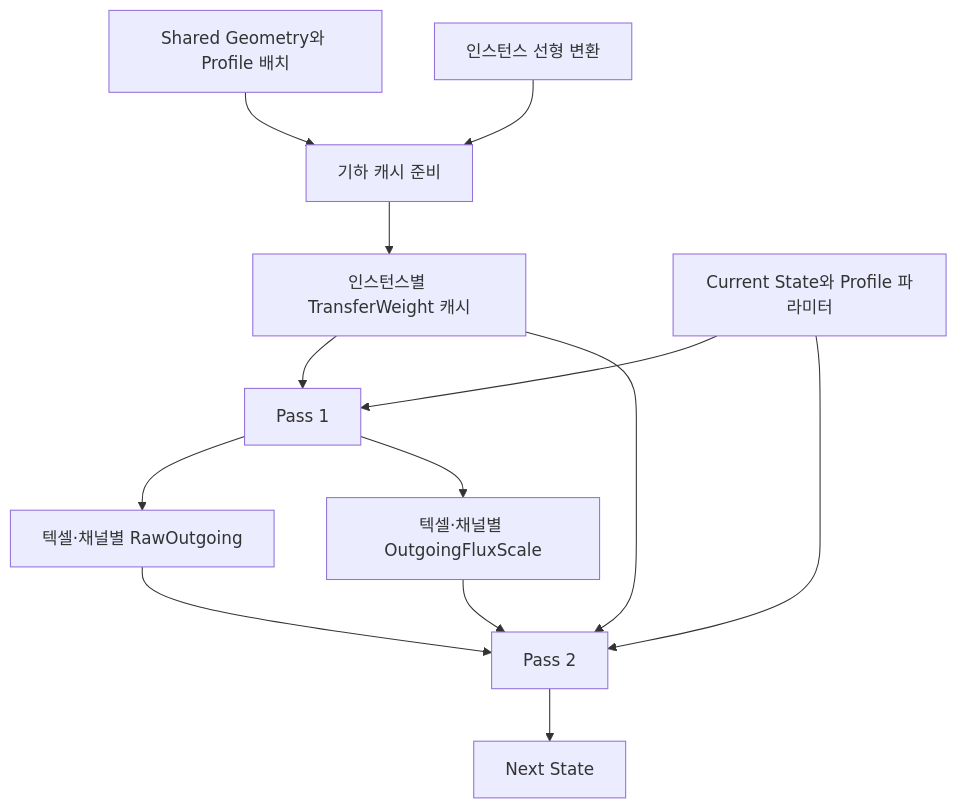
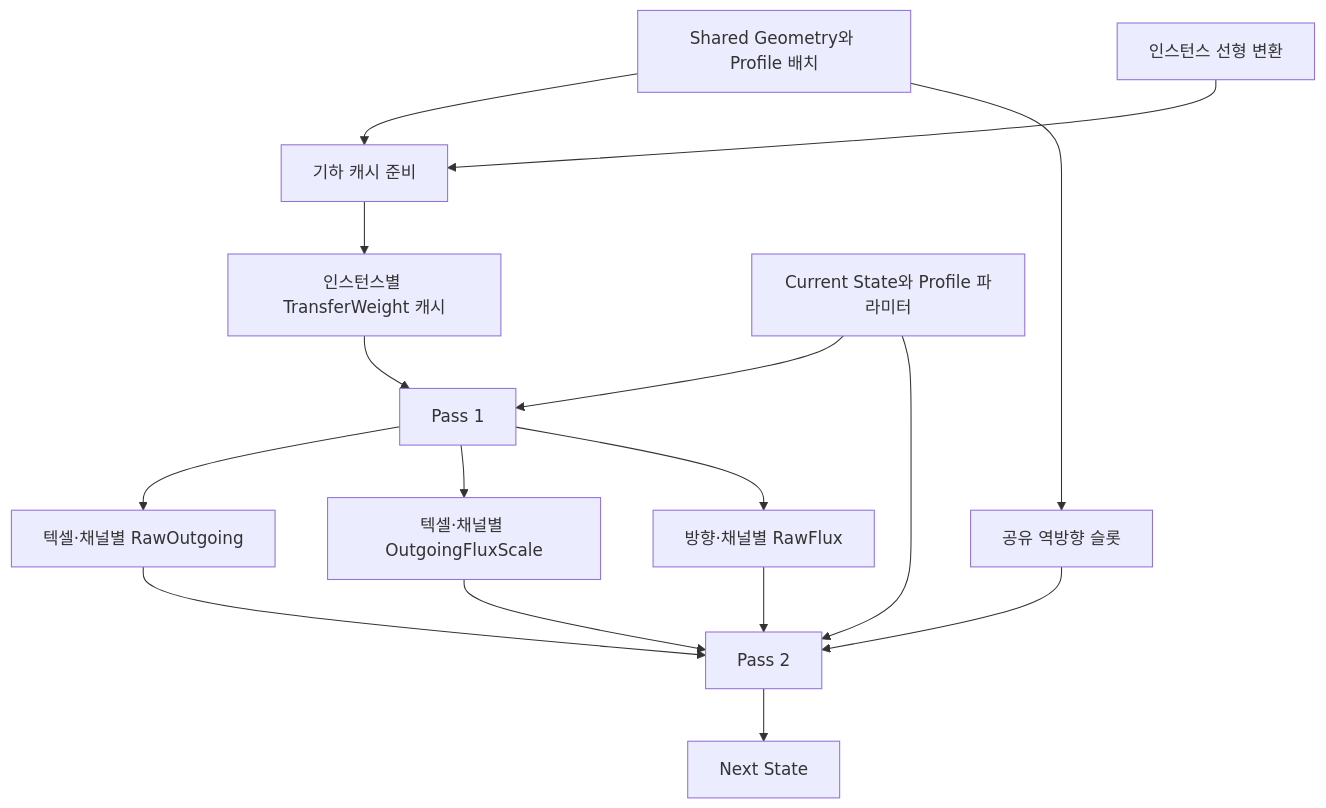
One commit to Yonaim/Material-Dependent-Surface-State-Engine changed the first of 2 diagrams in Docs/MDSSP-Vault/04_Architecture/0007_Surface-Solver-Cache.md. Above: the diagram before and after it, drawn with Mermaid. The commit also changed other lines of this file and 10 other files, not shown here.

````diff
--- a/Docs/MDSSP-Vault/04_Architecture/0007_Surface-Solver-Cache.md
+++ b/Docs/MDSSP-Vault/04_Architecture/0007_Surface-Solver-Cache.md
@@ -17,15 +17,18 @@
 ```mermaid
 flowchart TD
     Shared[Shared Geometry와 Profile 배치] --> Prep[기하 캐시 준비]
     Transform[인스턴스 선형 변환] --> Prep
     Prep --> Weight[인스턴스별 TransferWeight 캐시]
     Current[Current State와 Profile 파라미터] --> P1[Pass 1]
     Weight --> P1
     P1 --> Sum[텍셀·채널별 RawOutgoing]
     P1 --> Alpha[텍셀·채널별 OutgoingFluxScale]
     Sum --> P2[Pass 2]
     Alpha --> P2
-    Weight --> P2
+    P1 --> Flux[방향·채널별 RawFlux]
+    Flux --> P2
+    Shared --> Reverse[공유 역방향 슬롯]
+    Reverse --> P2
     Current --> P2
     P2 --> Next[Next State]
 ```
````
